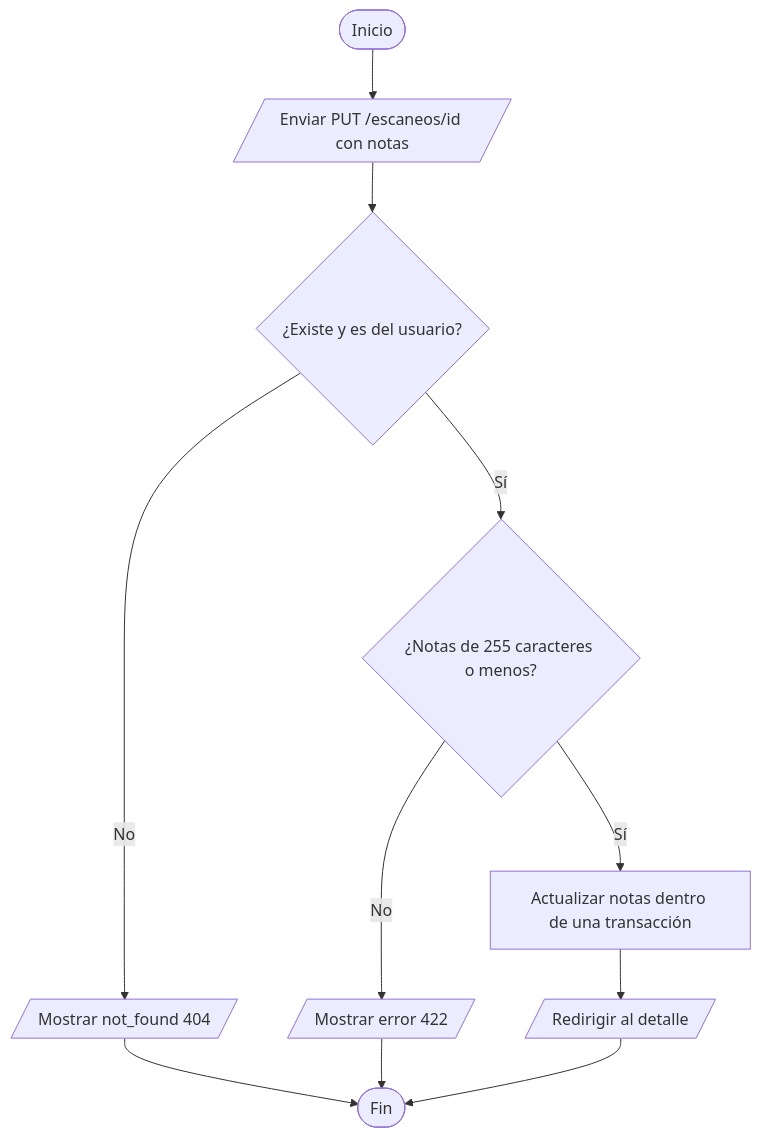
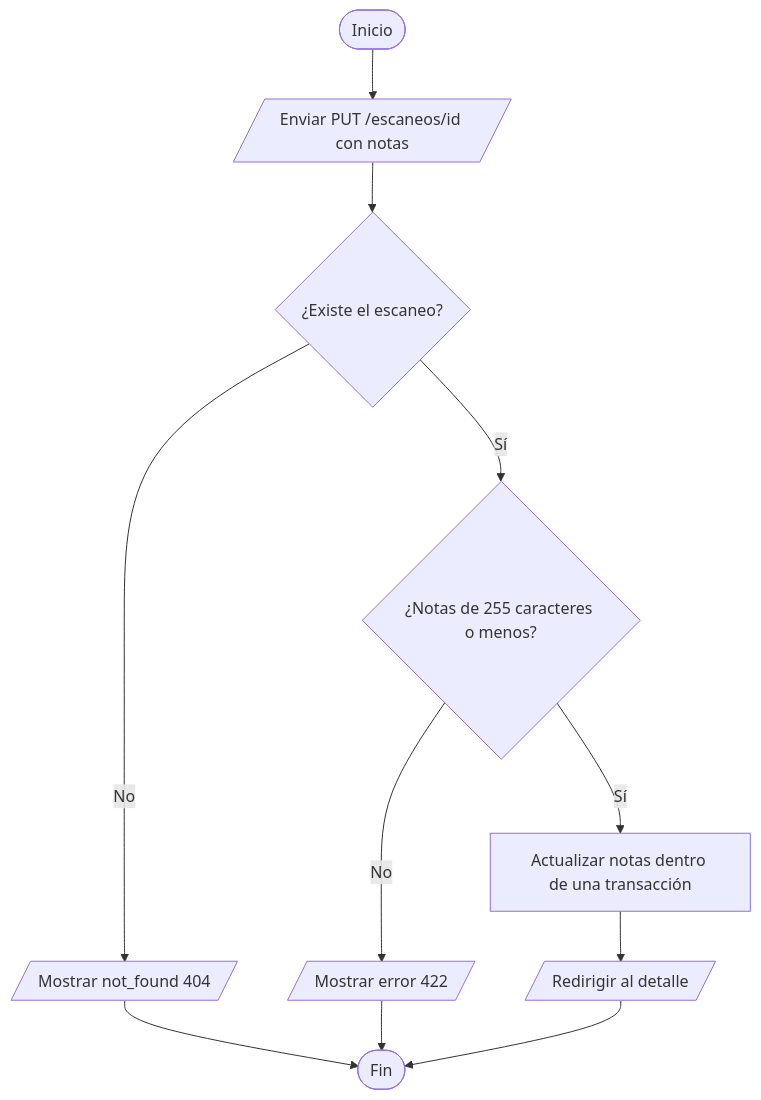
One commit to Gambeta-latorre/pdi-eest4 changed the fifth of 6 diagrams in docs/checkpoint-diagramas.md. Above: the diagram before and after it, drawn with Mermaid. The commit also changed other lines of this file and 7 other files, not shown here.

Commit message:
TP15 y diagramas: backlog sin login, historias US-1 a US-9

````diff
--- a/docs/checkpoint-diagramas.md
+++ b/docs/checkpoint-diagramas.md
@@ -114,10 +91,10 @@
 ```mermaid
 flowchart TD
-    A([Inicio]) --> B[/Enviar PUT /escaneos/id con notas/]
-    B --> C{¿Existe y es del usuario?}
+    A([Inicio]) --> B[/"Enviar PUT /escaneos/id con notas"/]
+    B --> C{¿Existe el escaneo?}
     C -- No --> D[/Mostrar not_found 404/] --> Z([Fin])
     C -- Sí --> E{¿Notas de 255 caracteres o menos?}
     E -- No --> F[/Mostrar error 422/] --> Z
     E -- Sí --> G[Actualizar notas dentro de una transacción]
     G --> H[/Redirigir al detalle/] --> Z
 ```
````
